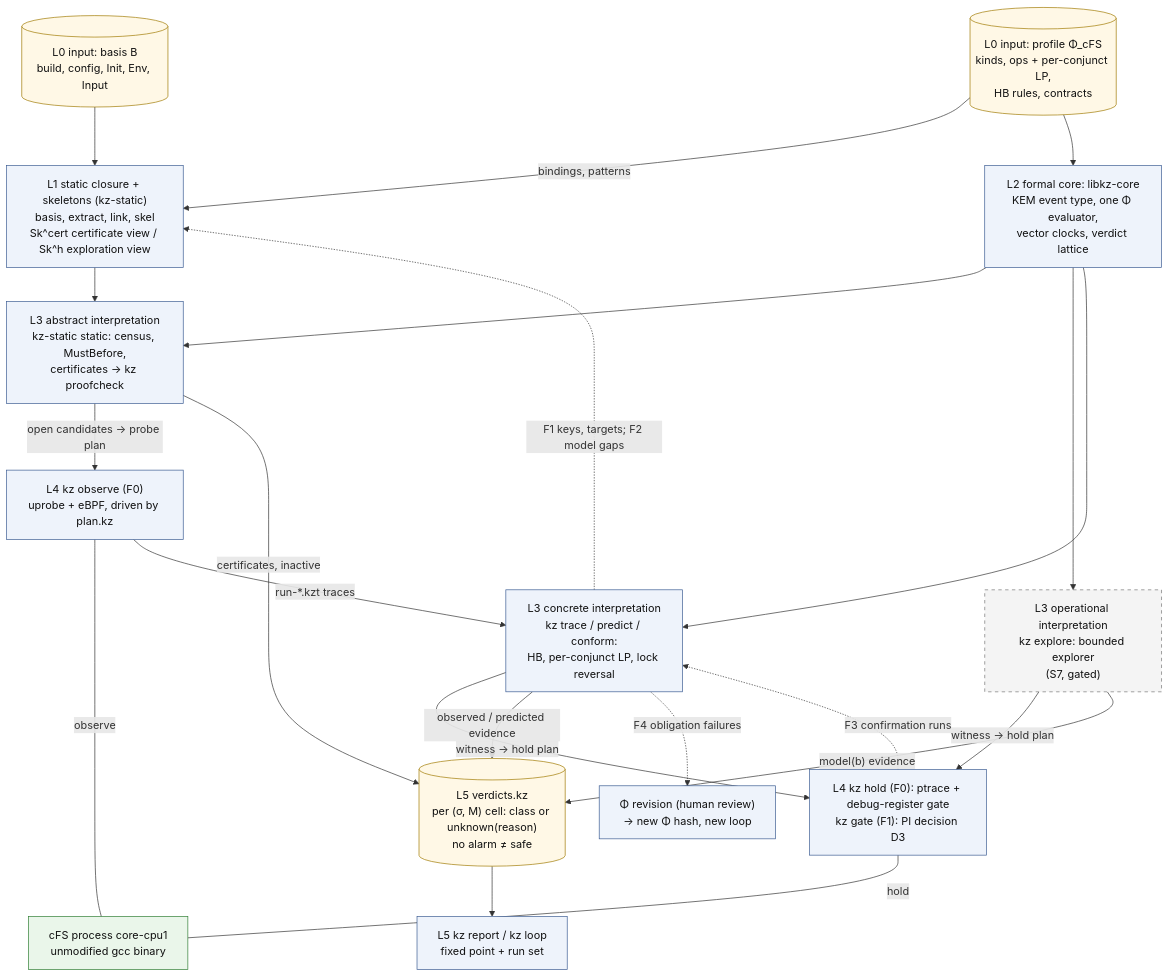
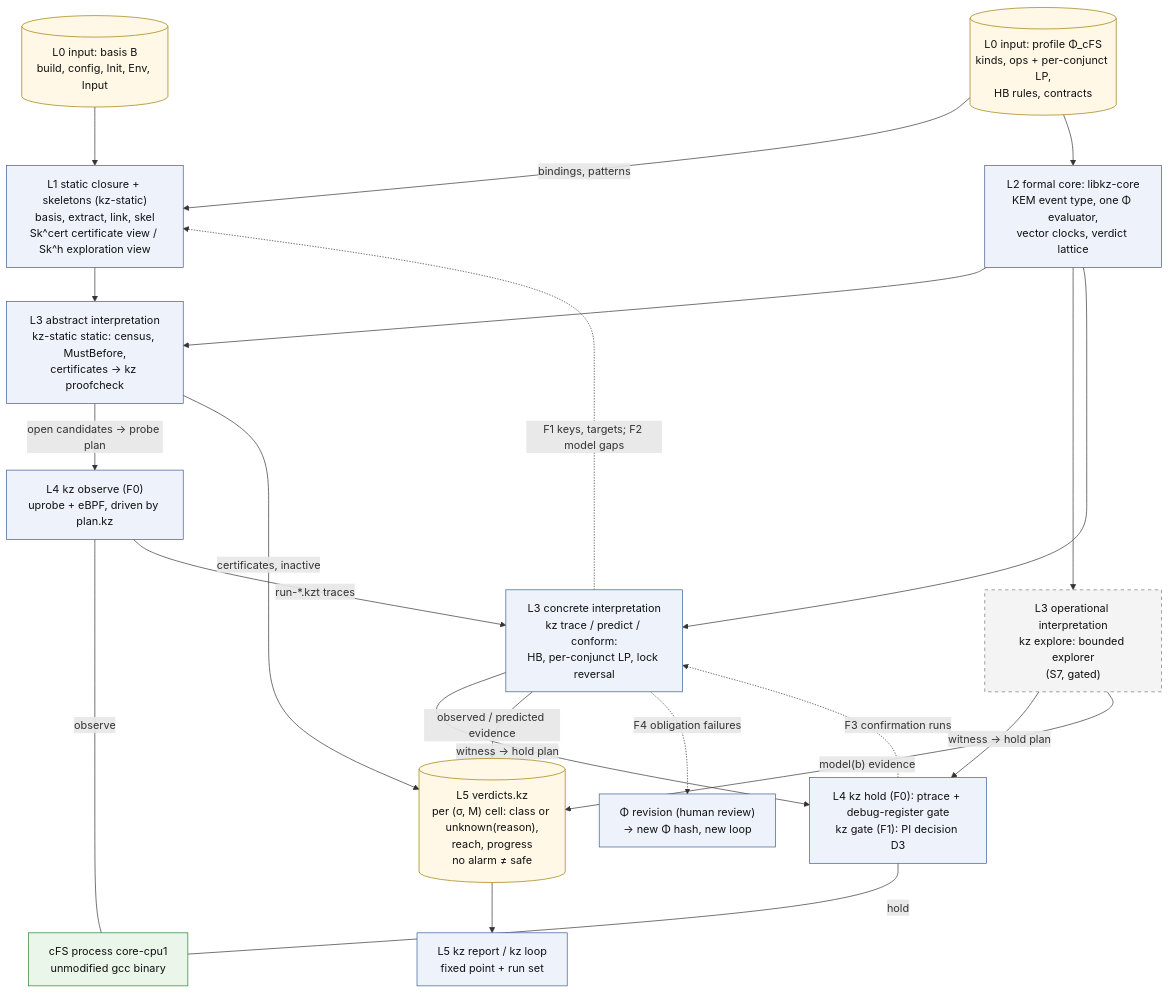
The diagram in research/cfs_procrace/Architecture/diagrams/D0_big_picture.mmd (wookjaeya/Shape-Perf), drawn with Mermaid before and after one commit. The commit also changed 43 other files, not shown here.

First line of the commit message:
Architecture: mirror SPEC rev 1.1 into Korean docs, PI decisions, terminology background and diagrams; first consistency-fix round

```diff
--- a/research/cfs_procrace/Architecture/diagrams/D0_big_picture.mmd
+++ b/research/cfs_procrace/Architecture/diagrams/D0_big_picture.mmd
@@ -1,54 +1,54 @@
 flowchart TD
     %% D0 - Kairos big picture (one screen). Sources: spec §0.1-0.2, §2.1, §2.4, §4.14.
     %% Dashed border = PI-gated or late-stage component. Dashed edge = feedback path (F1-F4).
 
     B[("L0 input: basis B<br/>build, config, Init, Env, Input")]
     PHI[("L0 input: profile Φ_cFS<br/>kinds, ops + per-conjunct LP,<br/>HB rules, contracts")]
 
     CLO["L1 static closure + skeletons (kz-static)<br/>basis, extract, link, skel<br/>Sk^cert certificate view / Sk^h exploration view"]
     CORE["L2 formal core: libkz-core<br/>KEM event type, one Φ evaluator,<br/>vector clocks, verdict lattice"]
 
     ABS["L3 abstract interpretation<br/>kz-static static: census, MustBefore,<br/>certificates → kz proofcheck"]
     OPR["L3 operational interpretation<br/>kz explore: bounded explorer<br/>(S7, gated)"]
 
     OBS["L4 kz observe (F0)<br/>uprobe + eBPF, driven by plan.kz"]
     BIN["cFS process core-cpu1<br/>unmodified gcc binary"]
 
     CON["L3 concrete interpretation<br/>kz trace / predict / conform:<br/>HB, per-conjunct LP, lock reversal"]
 
     HOLD["L4 kz hold (F0): ptrace + debug-register gate<br/>kz gate (F1): PI decision D3"]
 
-    VER[("L5 verdicts.kz<br/>per (σ, M) cell: class or unknown(reason)<br/>no alarm ≠ safe")]
+    VER[("L5 verdicts.kz<br/>per (σ, M) cell: class or unknown(reason),<br/>reach, progress<br/>no alarm ≠ safe")]
     REP["L5 kz report / kz loop<br/>fixed point + run set"]
     FIX["Φ revision (human review)<br/>→ new Φ hash, new loop"]
 
     B --> CLO
     PHI -->|"bindings, patterns"| CLO
     PHI --> CORE
     CLO --> ABS
     CORE --> ABS
     CORE --> OPR
     CORE --> CON
     ABS -->|"open candidates → probe plan"| OBS
     OBS ---|"observe"| BIN
     OBS -->|"run-*.kzt traces"| CON
     CON -->|"witness → hold plan"| HOLD
     OPR -->|"witness → hold plan"| HOLD
     HOLD ---|"hold"| BIN
     ABS -->|"certificates, inactive"| VER
     CON -->|"observed / predicted evidence"| VER
     OPR -->|"model(b) evidence"| VER
     VER --> REP
 
     HOLD -.->|"F3 confirmation runs"| CON
     CON -.->|"F1 keys, targets; F2 model gaps"| CLO
     CON -.->|"F4 obligation failures"| FIX
 
     classDef comp fill:#eef3fb,stroke:#3b5b92,color:#111
     classDef art fill:#fff8e6,stroke:#a07a00,color:#111
     classDef gated fill:#f4f4f4,stroke:#777,stroke-dasharray:5 5,color:#111
     classDef bin fill:#eaf6ea,stroke:#2e7d32,color:#111
     class CLO,CORE,ABS,CON,OBS,HOLD,REP,FIX comp
     class B,PHI,VER art
     class OPR gated
     class BIN bin
```
